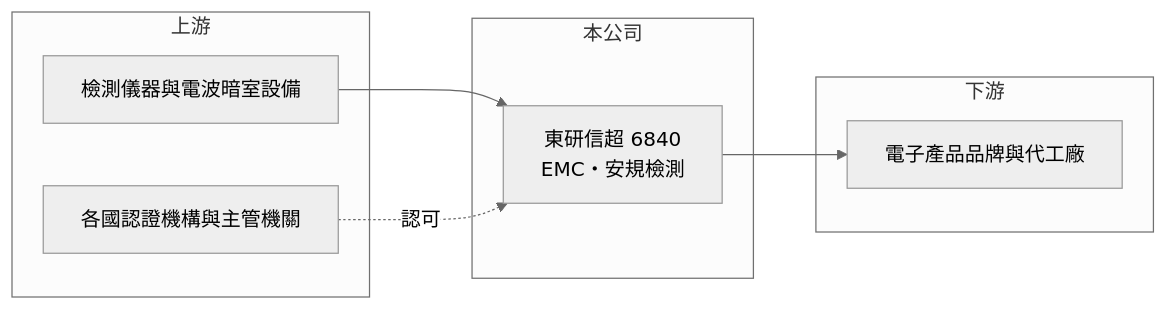
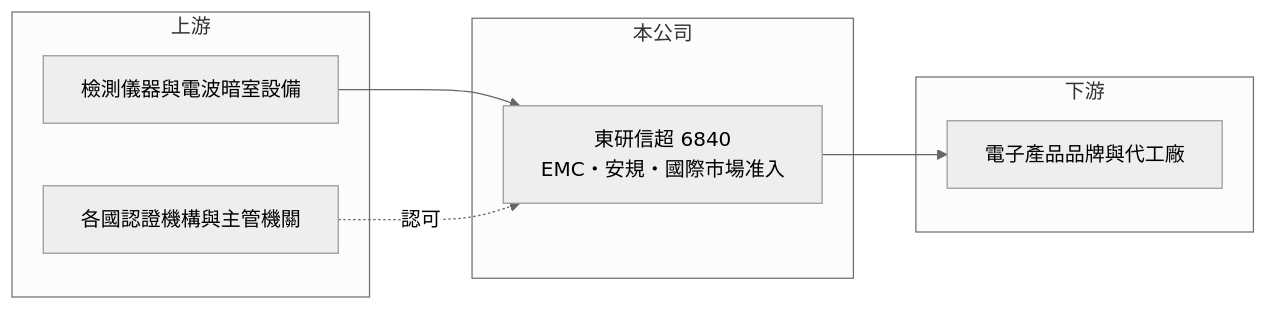
Before and after one commit to wangnick1004/taiwan-stock-vault: the second of 2 diagrams in 個股/台股/6840東研信超.md, drawn with Mermaid (neutral theme). The commit also changed other lines of this file and 142 other files, not shown here.

````diff
--- a/個股/台股/6840東研信超.md
+++ b/個股/台股/6840東研信超.md
@@ -83,16 +100,16 @@
 ```mermaid
 flowchart LR
     subgraph 上游
         A1["檢測儀器與電波暗室設備"]
         A2["各國認證機構與主管機關"]
     end
     subgraph 本公司
-        B["東研信超 6840<br/>EMC・安規檢測"]
+        B["東研信超 6840<br/>EMC・安規・國際市場准入"]
     end
     subgraph 下游
         C1["電子產品品牌與代工廠"]
     end
     A1 --> B
     A2 -.認可.-> B
     B --> C1
 ```
````
